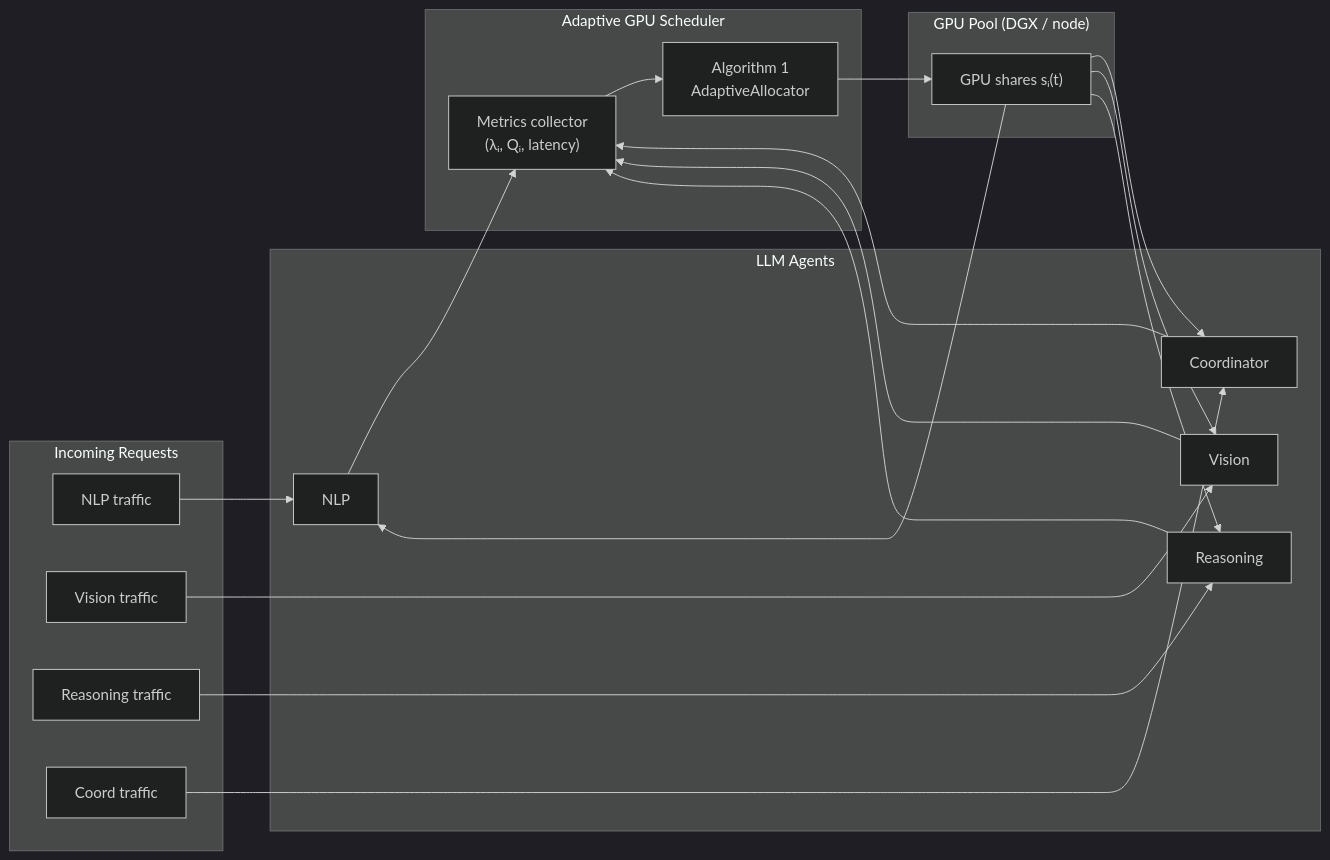
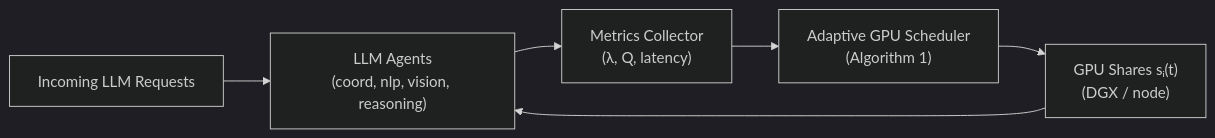
One commit to rika1089/adaptive-gpu-scheduler changed the diagram in README.md. Above: the diagram before and after it, drawn with Mermaid (dark theme). The commit also changed other lines of this file, not shown here.

Commit message:
Revise architecture overview in README
Updated architecture diagram to reflect new components and relationships.

````diff
--- a/README.md
+++ b/README.md
@@ -14,41 +14,11 @@
 ```mermaid
 flowchart LR
-    subgraph Workloads["Incoming Requests"]
-        W1["NLP traffic"]
-        W2["Vision traffic"]
-        W3["Reasoning traffic"]
-        W4["Coord traffic"]
-    end
+    Workloads["Incoming LLM Requests"]
+    Agents["LLM Agents<br/>(coord, nlp, vision, reasoning)"]
+    Metrics["Metrics Collector<br/>(λ, Q, latency)"]
+    Scheduler["Adaptive GPU Scheduler<br/>(Algorithm 1)"]
+    GPU["GPU Shares sᵢ(t)<br/>(DGX / node)"]
 
-    subgraph Agents["LLM Agents"]
-        A1["Coordinator"]
-        A2["NLP"]
-        A3["Vision"]
-        A4["Reasoning"]
-    end
-
-    subgraph Scheduler["Adaptive GPU Scheduler"]
-        M["Metrics collector\n(λᵢ, Qᵢ, latency)"]
-        S["Algorithm 1\nAdaptiveAllocator"]
-    end
-
-    subgraph GPU["GPU Pool (DGX / node)"]
-        G["GPU shares sᵢ(t)"]
-    end
-
-    W1 --> A2
-    W2 --> A3
-    W3 --> A4
-    W4 --> A1
-
-    A1 --> M
-    A2 --> M
-    A3 --> M
-    A4 --> M
-
-    M --> S --> G
-    G --> A1
-    G --> A2
-    G --> A3
-    G --> A4
+    Workloads --> Agents --> Metrics --> Scheduler --> GPU
+    GPU --> Agents
 ```
````
